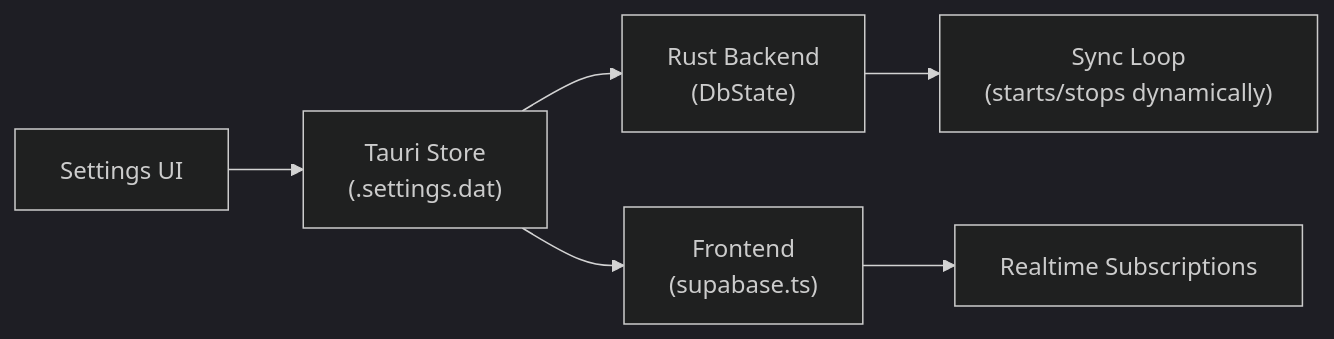
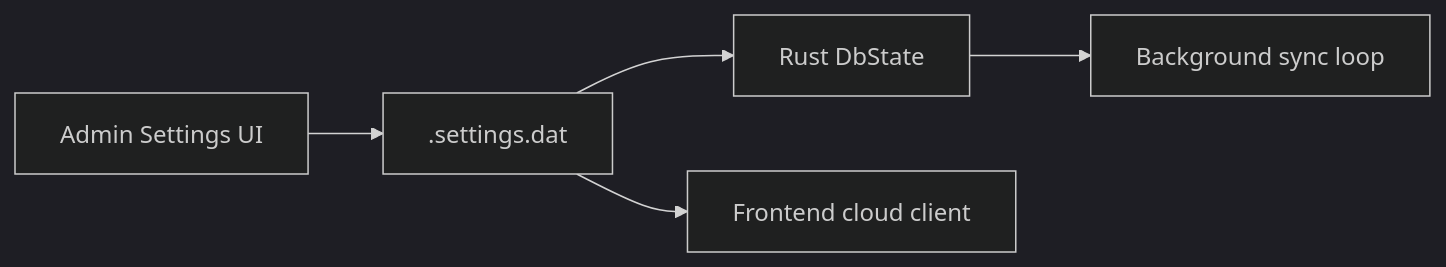
The first of 5 diagrams in docs/05-cloud-sync.md (BootlegYouki/at-iba-pa-pos), drawn with Mermaid (dark theme) before and after one commit. The commit also changed other lines of this file and 10 other files, not shown here.

First line of the commit message:
Refactor user guide and database schema documentation; enhance export reports feature

````diff
--- a/docs/05-cloud-sync.md
+++ b/docs/05-cloud-sync.md
@@ -15,8 +15,7 @@
 ```mermaid
 flowchart LR
-    Settings["Settings UI"] --> Store["Tauri Store<br/>(.settings.dat)"]
-    Store --> Rust["Rust Backend<br/>(DbState)"]
-    Store --> Frontend["Frontend<br/>(supabase.ts)"]
-    Rust --> SyncLoop["Sync Loop<br/>(starts/stops dynamically)"]
-    Frontend --> Realtime["Realtime Subscriptions"]
+    Settings["Admin Settings UI"] --> Store[".settings.dat"]
+    Store --> Rust["Rust DbState"]
+    Store --> UI["Frontend cloud client"]
+    Rust --> Loop["Background sync loop"]
 ```
````
